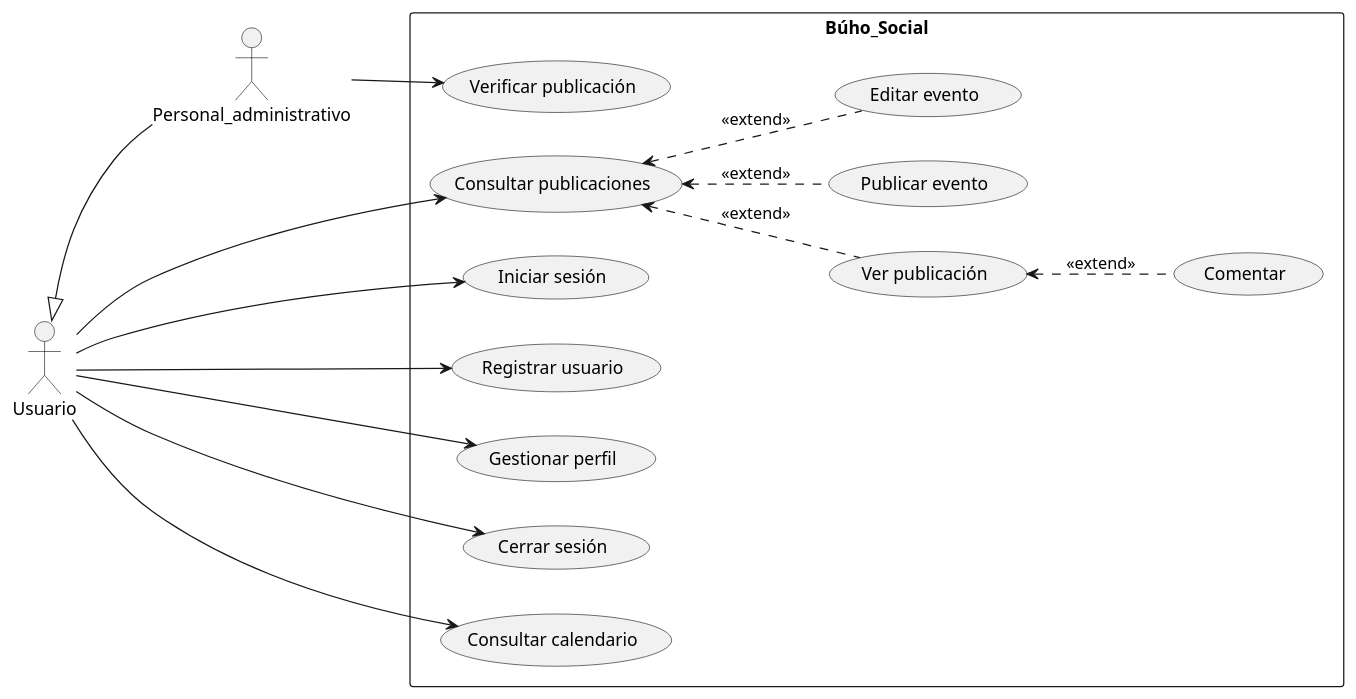
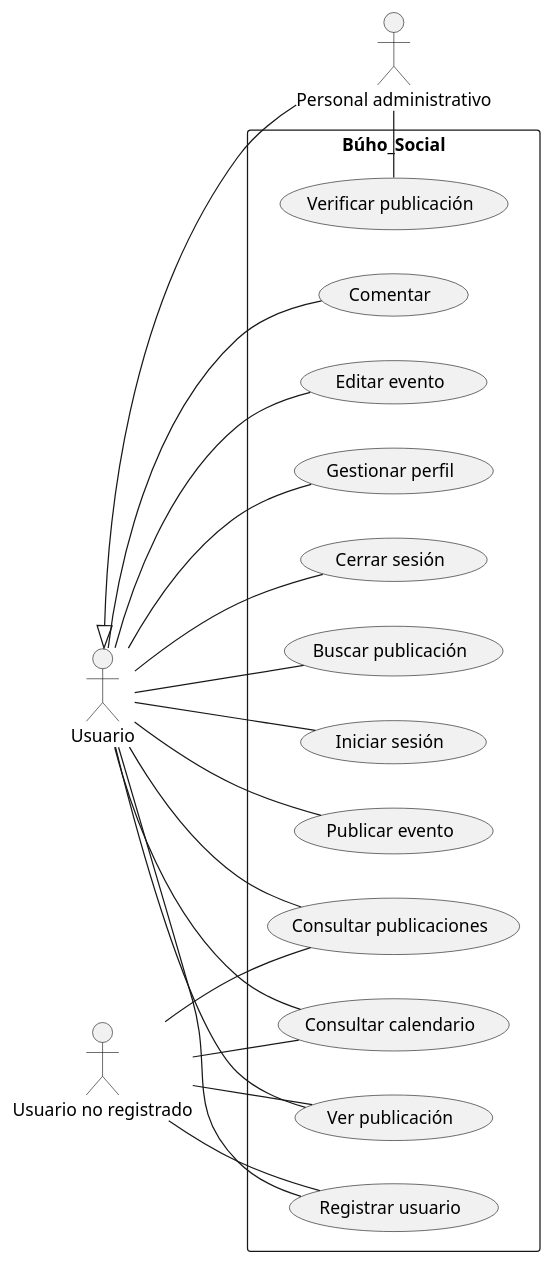
The diagram in docs/scenariosView/useCaseDiagram.puml (Dayannis-07/ING_SOFT), drawn with PlantUML before and after one commit.

Commit message:
Use case diagram corrections

```diff
--- a/docs/scenariosView/useCaseDiagram.puml
+++ b/docs/scenariosView/useCaseDiagram.puml
@@ -1,33 +1,40 @@
 @startuml Diagrama de casos de uso
-actor Personal_administrativo as admin
+actor "Personal administrativo" as admin
 actor Usuario as user
+actor "Usuario no registrado" as userR
 left to right direction
-user <|-- admin
+
 
 rectangle Búho_Social{
     usecase "Iniciar sesión" as UC1
     usecase "Registrar usuario" as UC2
     usecase "Consultar publicaciones" as UC3
     usecase "Publicar evento" as UC4
     usecase "Ver publicación" as UC5
     usecase "Comentar" as UC6
     usecase "Editar evento" as UC7
     usecase "Gestionar perfil" as UC8
     usecase "Cerrar sesión" as UC9
     usecase "Verificar publicación" as UC10
     usecase "Consultar calendario" as UC11
+    usecase "Buscar publicación" as UC12
 }
-admin -->UC10
-user -->UC11
-
-user-->UC8
-UC7 .u.>UC3 :<<extend>>
-UC4 .u.>UC3 :<<extend>>
-UC5 .u.>UC3 :<<extend>>
-UC6 .u.>UC5 :<<extend>>
-user-down->UC9
-user-->UC1
-user-->UC2
-user-->UC3
+admin--UC10
+user--UC1
+user--UC2
+user--UC3
+user--UC4
+user--UC5
+user--UC6
+user--UC7
+user--UC8
+user--UC9
+user--UC11
+user--UC12
+user <|-- admin
+userR--UC3
+userR--UC5
+userR--UC2
+userR--UC11
 
 @enduml
```
